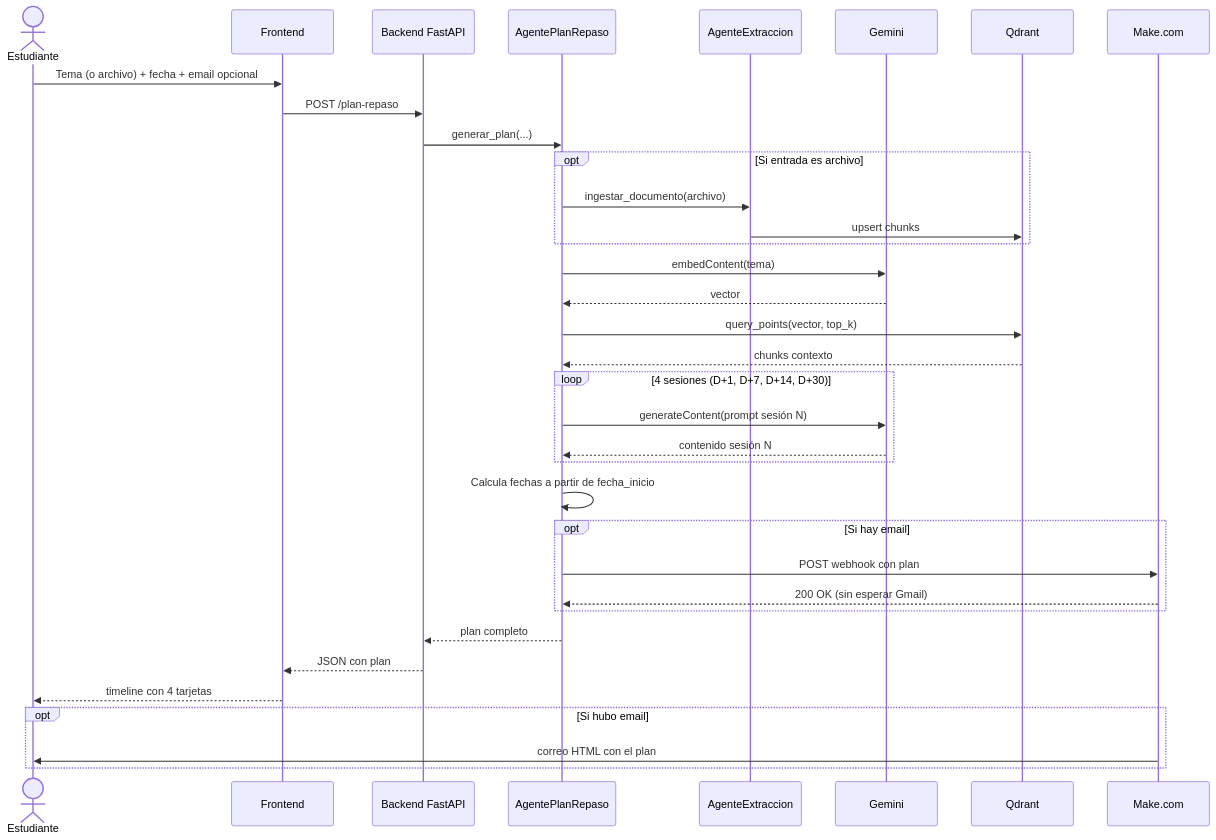
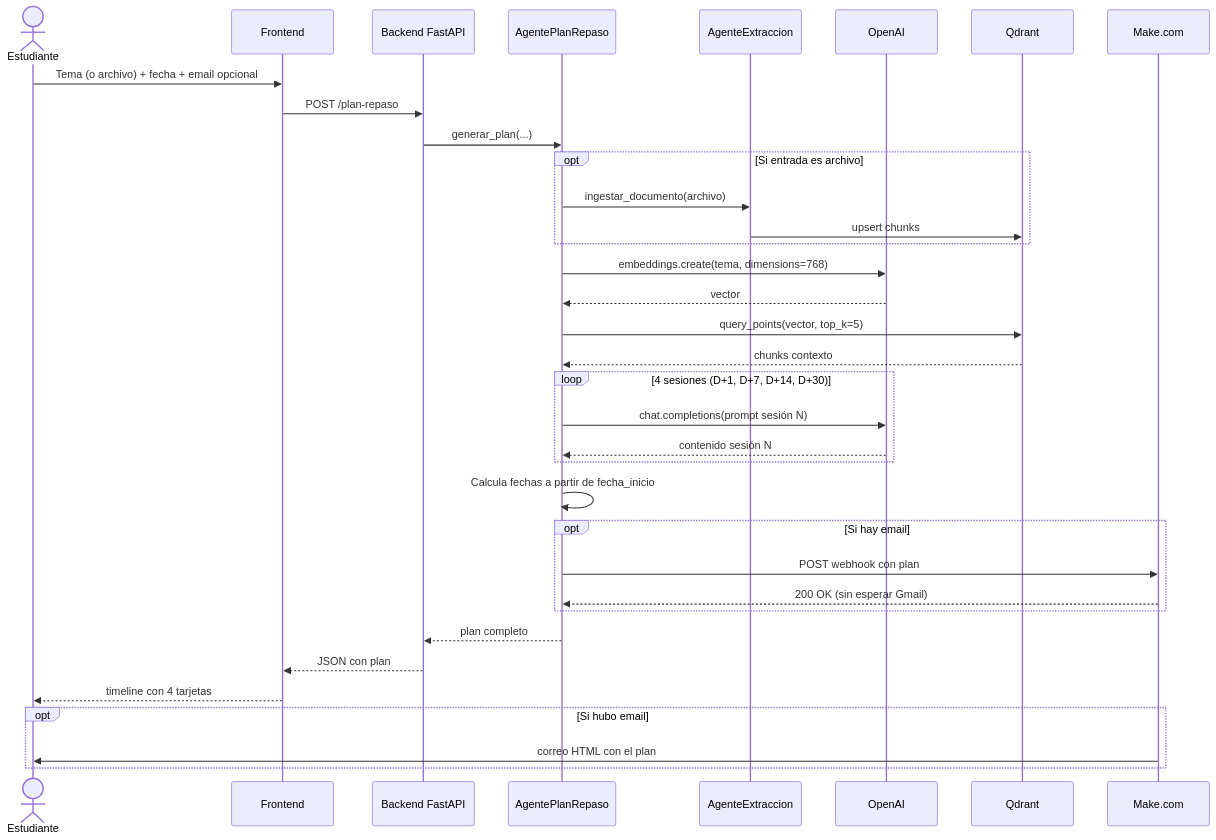
One commit to imlozano/mentor-ia-v2 changed the fourth of 4 diagrams in docs/academic/Arquitectura_Multiagente.md. Above: the diagram before and after it, drawn with Mermaid. The commit also changed other lines of this file and 6 other files, not shown here.

````diff
--- a/docs/academic/Arquitectura_Multiagente.md
+++ b/docs/academic/Arquitectura_Multiagente.md
@@ -344,38 +347,38 @@
 ```mermaid
 sequenceDiagram
     actor U as Estudiante
     participant FE as Frontend
     participant BE as Backend FastAPI
     participant APR as AgentePlanRepaso
     participant AE as AgenteExtraccion
-    participant GE as Gemini
+    participant OAI as OpenAI
     participant QD as Qdrant
     participant MK as Make.com
 
     U->>FE: Tema (o archivo) + fecha + email opcional
     FE->>BE: POST /plan-repaso
     BE->>APR: generar_plan(...)
     opt Si entrada es archivo
         APR->>AE: ingestar_documento(archivo)
         AE->>QD: upsert chunks
     end
-    APR->>GE: embedContent(tema)
-    GE-->>APR: vector
-    APR->>QD: query_points(vector, top_k)
+    APR->>OAI: embeddings.create(tema, dimensions=768)
+    OAI-->>APR: vector
+    APR->>QD: query_points(vector, top_k=5)
     QD-->>APR: chunks contexto
     loop 4 sesiones (D+1, D+7, D+14, D+30)
-        APR->>GE: generateContent(prompt sesión N)
-        GE-->>APR: contenido sesión N
+        APR->>OAI: chat.completions(prompt sesión N)
+        OAI-->>APR: contenido sesión N
     end
     APR->>APR: Calcula fechas a partir de fecha_inicio
     opt Si hay email
         APR->>MK: POST webhook con plan
         MK-->>APR: 200 OK (sin esperar Gmail)
     end
     APR-->>BE: plan completo
     BE-->>FE: JSON con plan
     FE-->>U: timeline con 4 tarjetas
     opt Si hubo email
         MK->>U: correo HTML con el plan
     end
 ```
````
